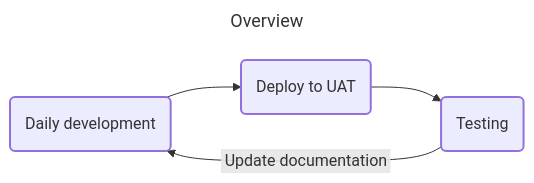
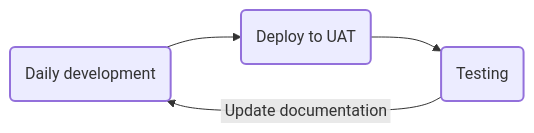
Before and after one commit to spectrum-health-systems/tingen-documentation: the second of 3 diagrams in Development/Tingen Development Processes.md, drawn with Mermaid. The commit also changed other lines of this file, not shown here.

````diff
--- a/Development/Tingen Development Processes.md
+++ b/Development/Tingen Development Processes.md
@@ -33,12 +33,9 @@
 ```mermaid
----
-title: Overview
----
 flowchart LR
   DailyDevelopment("Daily development") --> DeployToUat("Deploy to UAT")
   DeployToUat --> Testing("Testing")
   Testing -- &nbsp;Update documentation&nbsp; --> DailyDevelopment
 
   classDef allNodes stroke-width:2px;
   class DailyDevelopment,DeployToUat,Testing,UpdateDocumentation allNodes;
 ```
````
